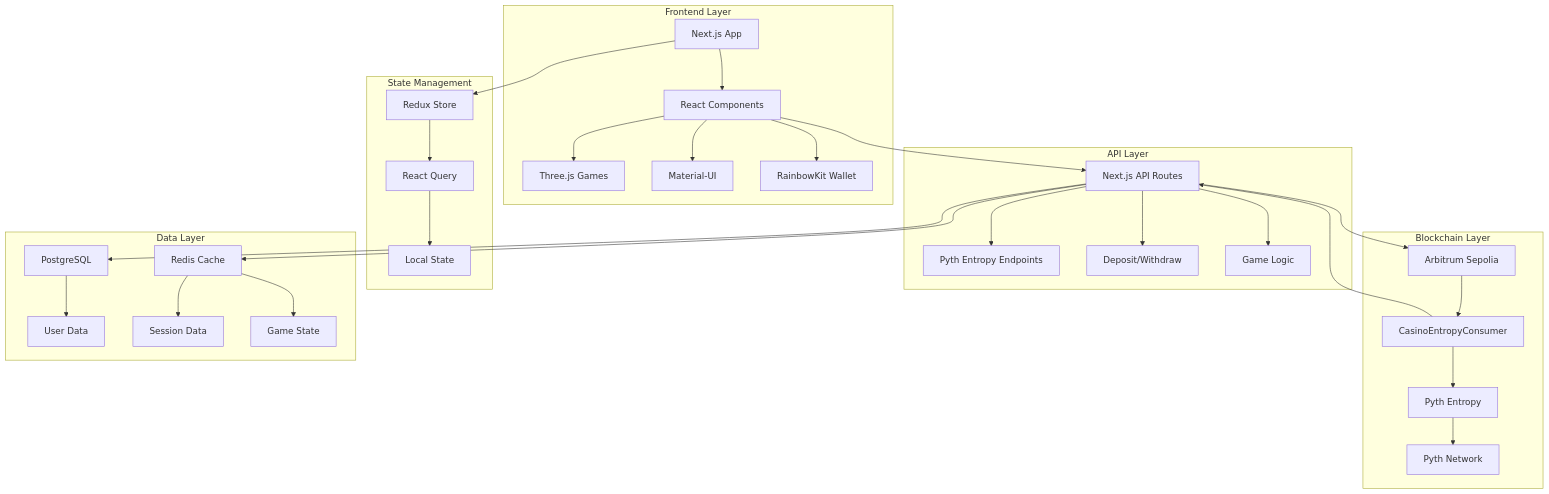
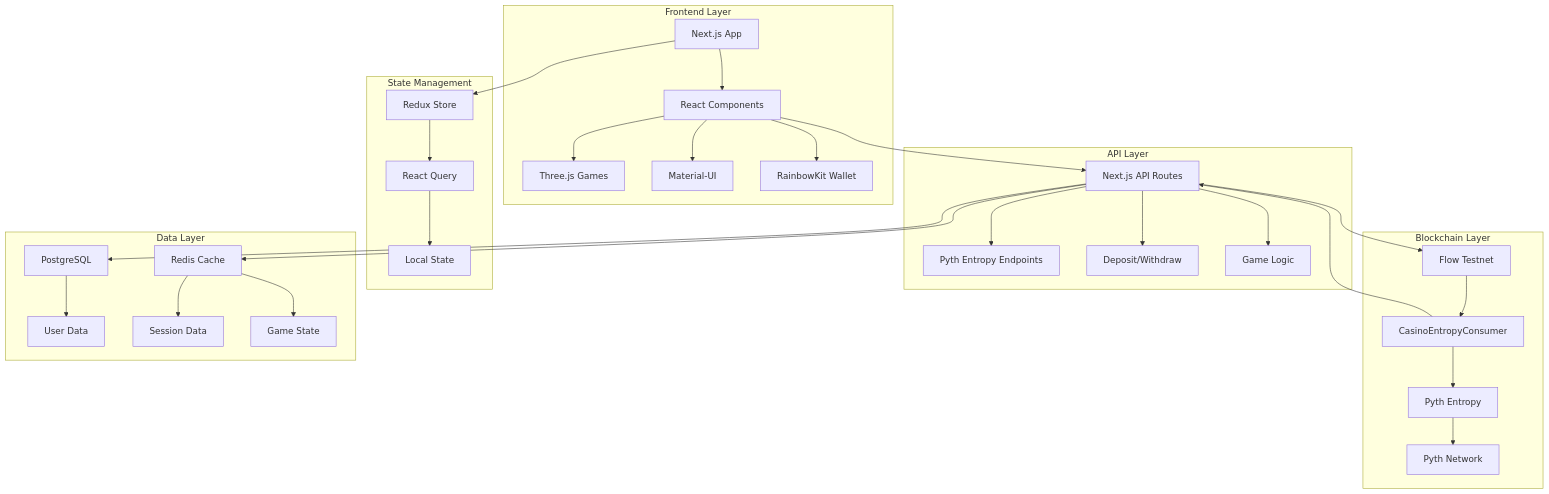
Before and after one commit to AmaanSayyad/APT-Casino-Flow: the first of 16 diagrams in MERMAID_DIAGRAMS.md, drawn with Mermaid. The commit also changed other lines of this file and 129 other files, not shown here.

````diff
--- a/MERMAID_DIAGRAMS.md
+++ b/MERMAID_DIAGRAMS.md
@@ -5,39 +5,39 @@
 ```mermaid
 graph TB
     subgraph Frontend["Frontend Layer"]
         A[Next.js App] --> B[React Components]
         B --> C[Three.js Games]
         B --> D[Material-UI]
         B --> E[RainbowKit Wallet]
     end
     
     subgraph State["State Management"]
         F[Redux Store] --> G[React Query]
         G --> H[Local State]
     end
     
     subgraph API["API Layer"]
         I[Next.js API Routes] --> J[Pyth Entropy Endpoints]
         I --> K[Deposit/Withdraw]
         I --> L[Game Logic]
     end
     
     subgraph Blockchain["Blockchain Layer"]
-        M[Arbitrum Sepolia] --> N[CasinoEntropyConsumer]
+        M[Flow Testnet] --> N[CasinoEntropyConsumer]
         N --> O[Pyth Entropy]
         O --> P[Pyth Network]
     end
     
     subgraph Data["Data Layer"]
         Q[PostgreSQL] --> R[User Data]
         S[Redis Cache] --> T[Session Data]
         S --> U[Game State]
     end
     
     A --> F
     B --> I
     I --> M
     I --> Q
     I --> S
     N --> I
 ```
````
